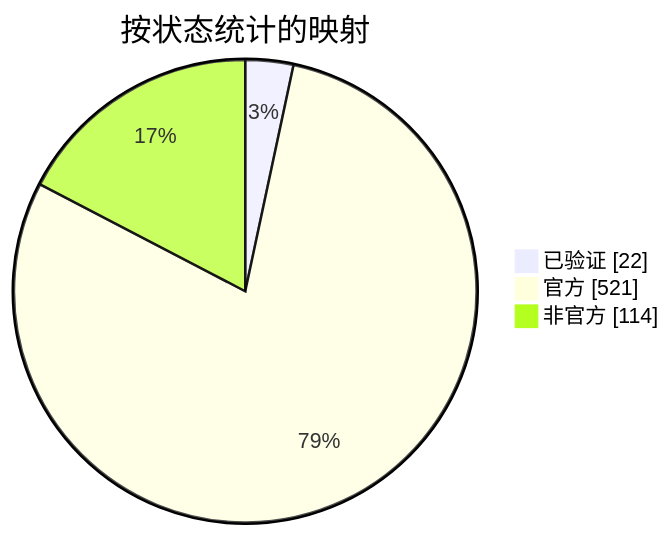
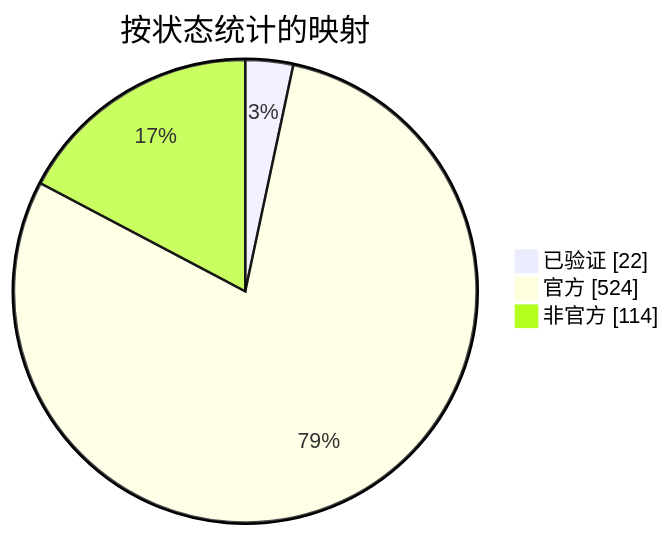
One commit to nobrega8/mbmap-library changed the diagram in docs/readme/README_ZHS.md. Above: the diagram before and after it, drawn with Mermaid. The commit also changed 8 other files, not shown here.

````diff
--- a/docs/readme/README_ZHS.md
+++ b/docs/readme/README_ZHS.md
@@ -54,7 +54,7 @@
 ```mermaid
 pie showData
     title 按状态统计的映射
     "已验证" : 22
-    "官方" : 521
+    "官方" : 524
     "非官方" : 114
 ```
````
